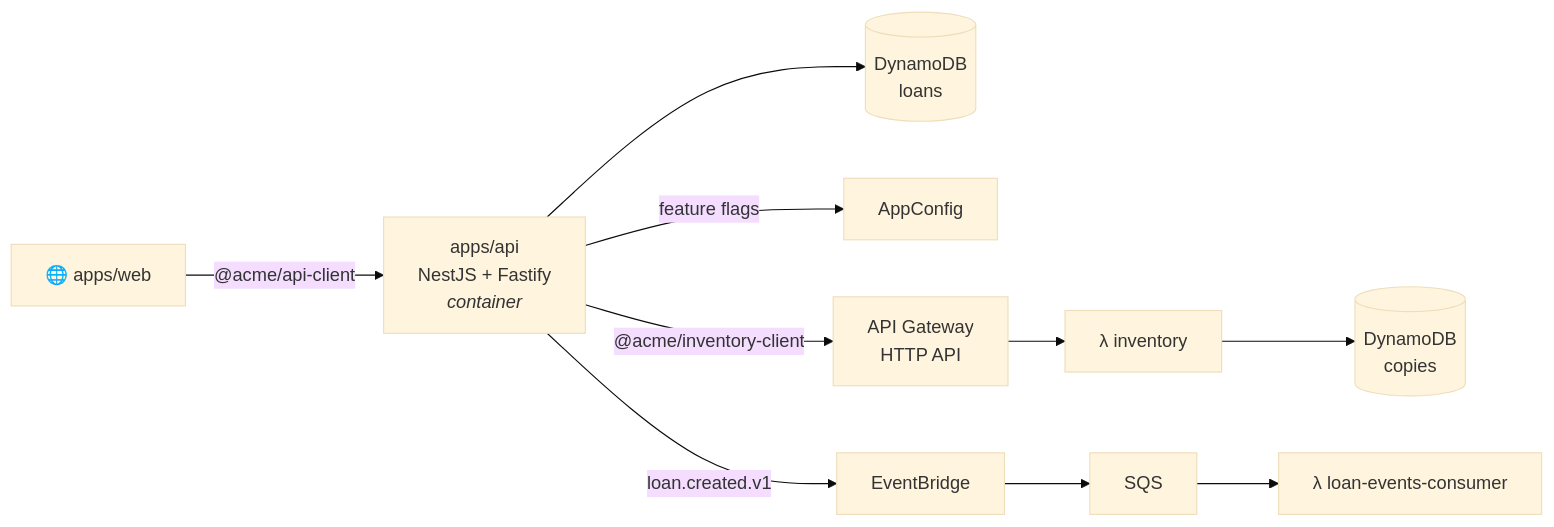
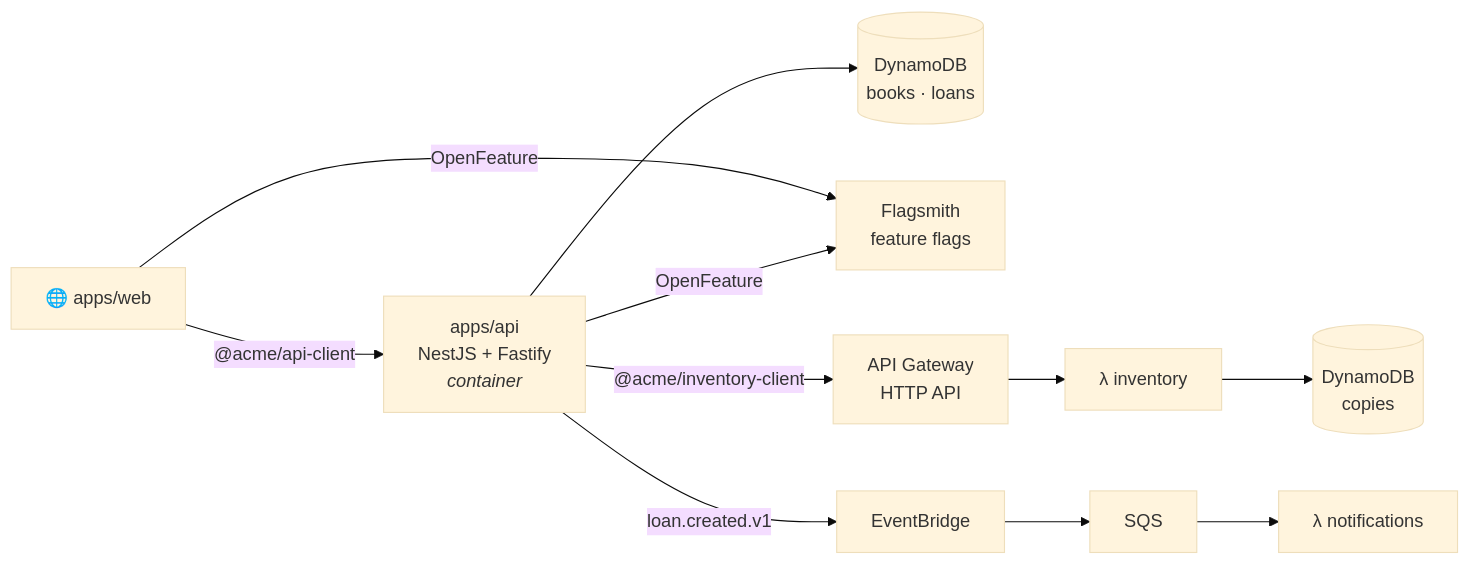
The second of 7 diagrams in README.md (M4ciel/contract-first-poc), drawn with Mermaid (base theme) before and after one commit. The commit also changed other lines of this file, not shown here.

Commit message:
docs(readme): document Flagsmith and OpenFeature

````diff
--- a/README.md
+++ b/README.md
@@ -97,11 +97,12 @@
 ```mermaid
 flowchart LR
   WEB["🌐 apps/web"] -->|"@acme/api-client"| API["apps/api<br/>NestJS + Fastify<br/><i>container</i>"]
-  API --> DDB1[("DynamoDB<br/>loans")]
-  API -->|feature flags| CFG["AppConfig"]
+  API --> DDB1[("DynamoDB<br/>books · loans")]
+  WEB -->|OpenFeature| FS["Flagsmith<br/>feature flags"]
+  API -->|OpenFeature| FS
   API -->|"@acme/inventory-client"| GW["API Gateway<br/>HTTP API"]
   GW --> INV["λ inventory"]
   INV --> DDB2[("DynamoDB<br/>copies")]
   API -->|loan.created.v1| EB["EventBridge"]
-  EB --> Q["SQS"] --> CON["λ loan-events-consumer"]
+  EB --> Q["SQS"] --> CON["λ notifications"]
 ```
````
